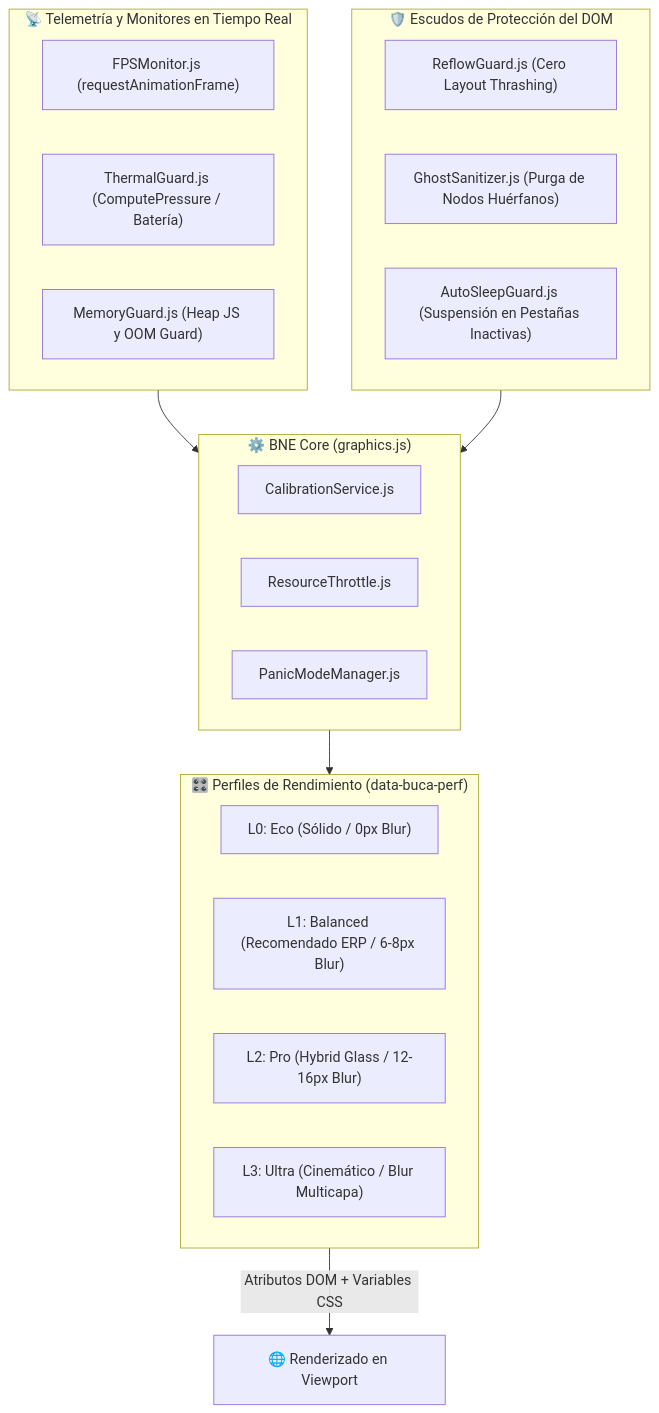
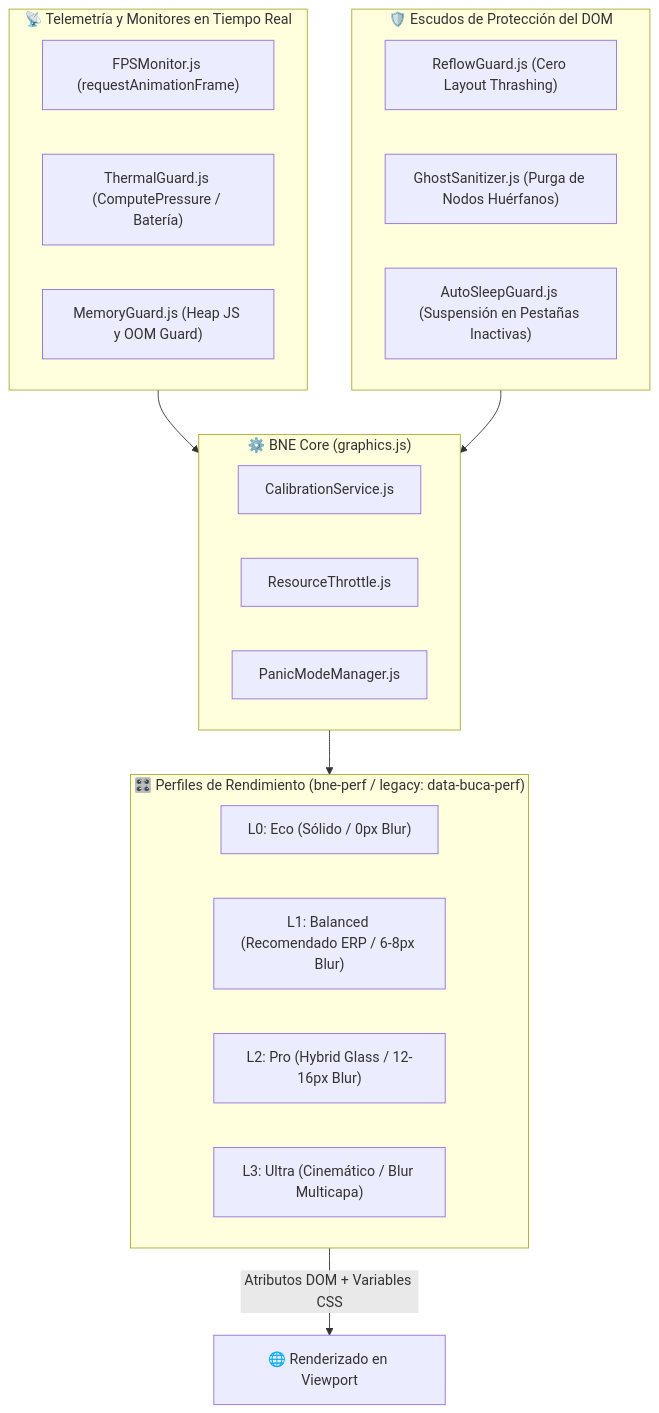
The diagram in docs/bene/5.3.0/README.md (clepces/buca-ai), drawn with Mermaid before and after one commit. The commit also changed other lines of this file and 16 other files, not shown here.

First line of the commit message:
docs(bene): migrate legacy data-* attributes to bne-* namespace, add sensor telemetry spec, attribute migration table and performance modal UI

````diff
--- a/docs/bene/5.3.0/README.md
+++ b/docs/bene/5.3.0/README.md
@@ -13,32 +13,32 @@
 ```mermaid
 flowchart TD
     subgraph Monitores["📡 Telemetría y Monitores en Tiempo Real"]
         FPS["FPSMonitor.js (requestAnimationFrame)"]
         Thermal["ThermalGuard.js (ComputePressure / Batería)"]
         Memory["MemoryGuard.js (Heap JS y OOM Guard)"]
     end
 
     subgraph CoreEngine["⚙️ BNE Core (graphics.js)"]
         Calibration["CalibrationService.js"]
         Throttle["ResourceThrottle.js"]
         Panic["PanicModeManager.js"]
     end
 
-    subgraph Perfiles["🎛️ Perfiles de Rendimiento (data-buca-perf)"]
+    subgraph Perfiles["🎛️ Perfiles de Rendimiento (bne-perf / legacy: data-buca-perf)"]
         L0["L0: Eco (Sólido / 0px Blur)"]
         L1["L1: Balanced (Recomendado ERP / 6-8px Blur)"]
         L2["L2: Pro (Hybrid Glass / 12-16px Blur)"]
         L3["L3: Ultra (Cinemático / Blur Multicapa)"]
     end
 
     subgraph DOMSafety["🛡️ Escudos de Protección del DOM"]
         Reflow["ReflowGuard.js (Cero Layout Thrashing)"]
         Ghost["GhostSanitizer.js (Purga de Nodos Huérfanos)"]
         Sleep["AutoSleepGuard.js (Suspensión en Pestañas Inactivas)"]
     end
 
     Monitores --> CoreEngine
     DOMSafety --> CoreEngine
     CoreEngine --> Perfiles
     Perfiles -->|Atributos DOM + Variables CSS| DOM["🌐 Renderizado en Viewport"]
 ```
````
